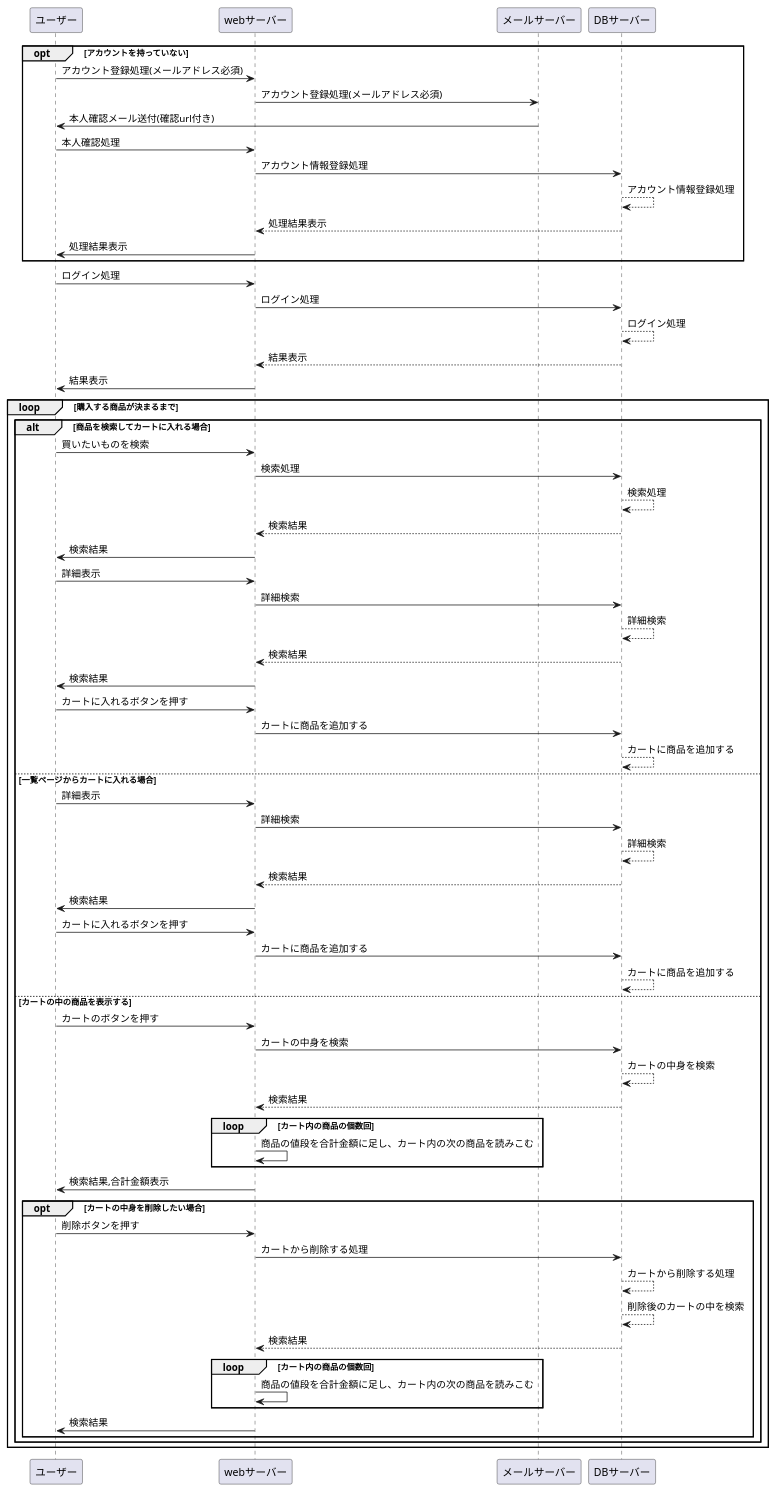
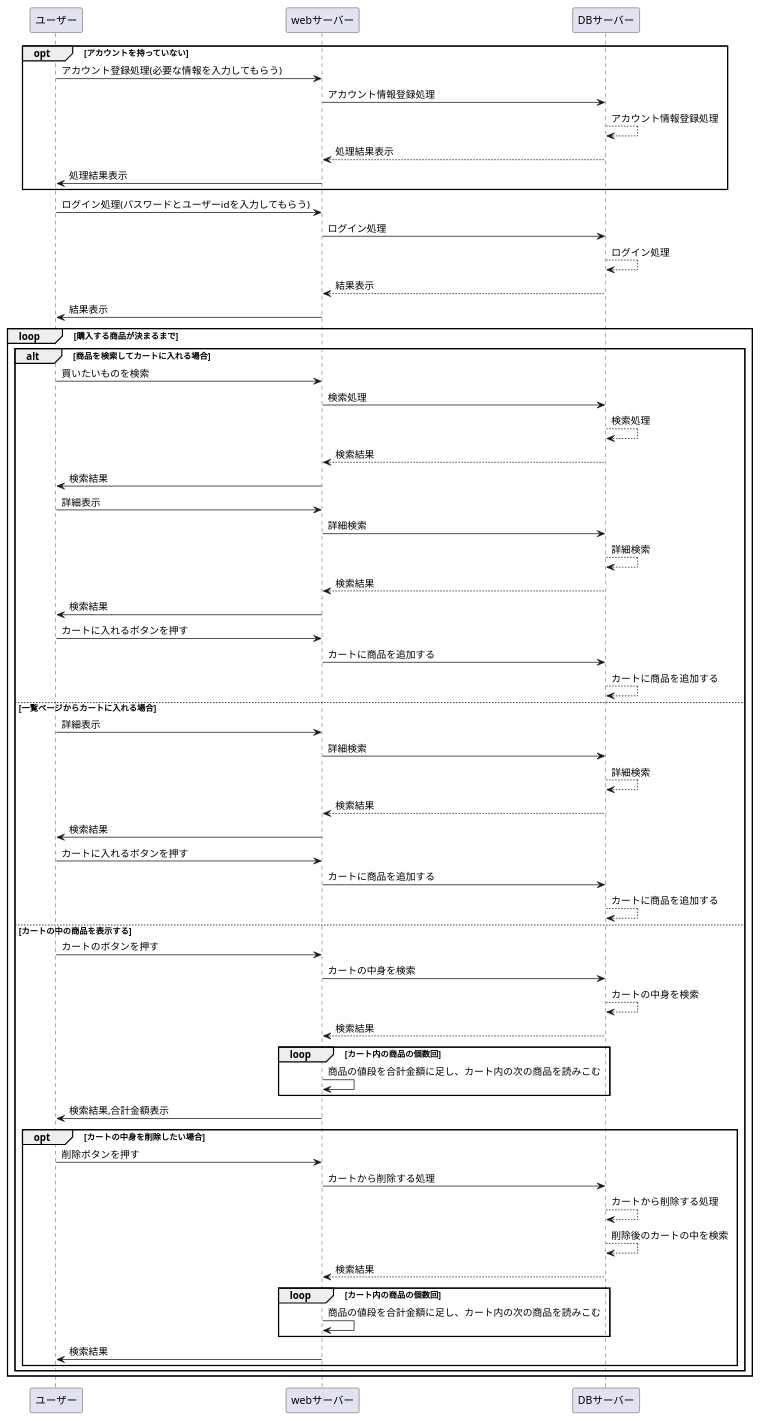
Before and after one commit to aso2001036/kaihatu: the diagram in 業務フロー図/flow1.md, drawn with PlantUML.

````diff
--- a/業務フロー図/flow1.md
+++ b/業務フロー図/flow1.md
@@ -1,69 +1,66 @@
 ```uml
 @startuml
 opt アカウントを持っていない
-ユーザー -> webサーバー : アカウント登録処理(メールアドレス必須)
-webサーバー -> メールサーバー: アカウント登録処理(メールアドレス必須)
-メールサーバー -> ユーザー :本人確認メール送付(確認url付き)
-ユーザー -> webサーバー : 本人確認処理
+ユーザー -> webサーバー : アカウント登録処理(必要な情報を入力してもらう)
 webサーバー -> DBサーバー: アカウント情報登録処理
 DBサーバー --> DBサーバー : アカウント情報登録処理
 DBサーバー --> webサーバー: 処理結果表示
 webサーバー -> ユーザー :処理結果表示
 end
-ユーザー -> webサーバー : ログイン処理
+ユーザー -> webサーバー : ログイン処理(パスワードとユーザーidを入力してもらう)
 webサーバー -> DBサーバー: ログイン処理
 DBサーバー --> DBサーバー : ログイン処理
 DBサーバー --> webサーバー: 結果表示
 webサーバー -> ユーザー :結果表示
 loop 購入する商品が決まるまで
 
 alt 商品を検索してカートに入れる場合
 ユーザー -> webサーバー : 買いたいものを検索
 webサーバー -> DBサーバー: 検索処理
 DBサーバー --> DBサーバー : 検索処理
 DBサーバー --> webサーバー: 検索結果
 webサーバー -> ユーザー :検索結果
 ユーザー -> webサーバー : 詳細表示
 webサーバー -> DBサーバー: 詳細検索
 DBサーバー --> DBサーバー : 詳細検索
 DBサーバー --> webサーバー: 検索結果
 webサーバー -> ユーザー :検索結果
 ユーザー -> webサーバー : カートに入れるボタンを押す
 webサーバー -> DBサーバー: カートに商品を追加する
 DBサーバー --> DBサーバー : カートに商品を追加する
 
 else 一覧ページからカートに入れる場合
 ユーザー -> webサーバー : 詳細表示
 webサーバー -> DBサーバー: 詳細検索
 DBサーバー --> DBサーバー : 詳細検索
 DBサーバー --> webサーバー: 検索結果
 webサーバー -> ユーザー :検索結果
 ユーザー -> webサーバー : カートに入れるボタンを押す
 webサーバー -> DBサーバー: カートに商品を追加する
 DBサーバー --> DBサーバー : カートに商品を追加する
 
 else カートの中の商品を表示する
 ユーザー -> webサーバー : カートのボタンを押す
 webサーバー -> DBサーバー: カートの中身を検索
 DBサーバー --> DBサーバー : カートの中身を検索
 DBサーバー --> webサーバー: 検索結果
 loop カート内の商品の個数回
 webサーバー -> webサーバー :商品の値段を合計金額に足し、カート内の次の商品を読みこむ
 end
 webサーバー -> ユーザー :検索結果,合計金額表示
 opt カートの中身を削除したい場合
 ユーザー -> webサーバー : 削除ボタンを押す
 webサーバー -> DBサーバー: カートから削除する処理
 DBサーバー --> DBサーバー : カートから削除する処理
 DBサーバー --> DBサーバー : 削除後のカートの中を検索
 DBサーバー --> webサーバー: 検索結果
 loop カート内の商品の個数回
 webサーバー -> webサーバー :商品の値段を合計金額に足し、カート内の次の商品を読みこむ
 end
 webサーバー -> ユーザー :検索結果
 end
 end
 
 end
 @enduml
 ```
````
